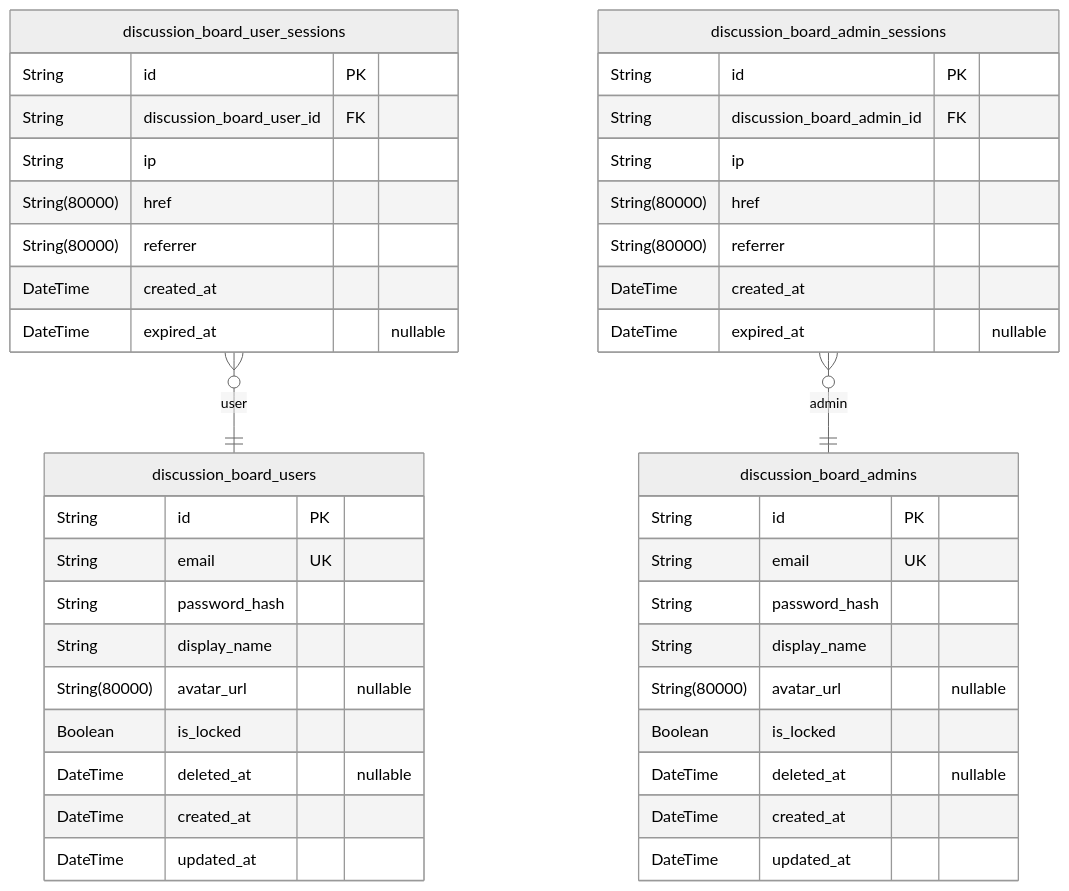
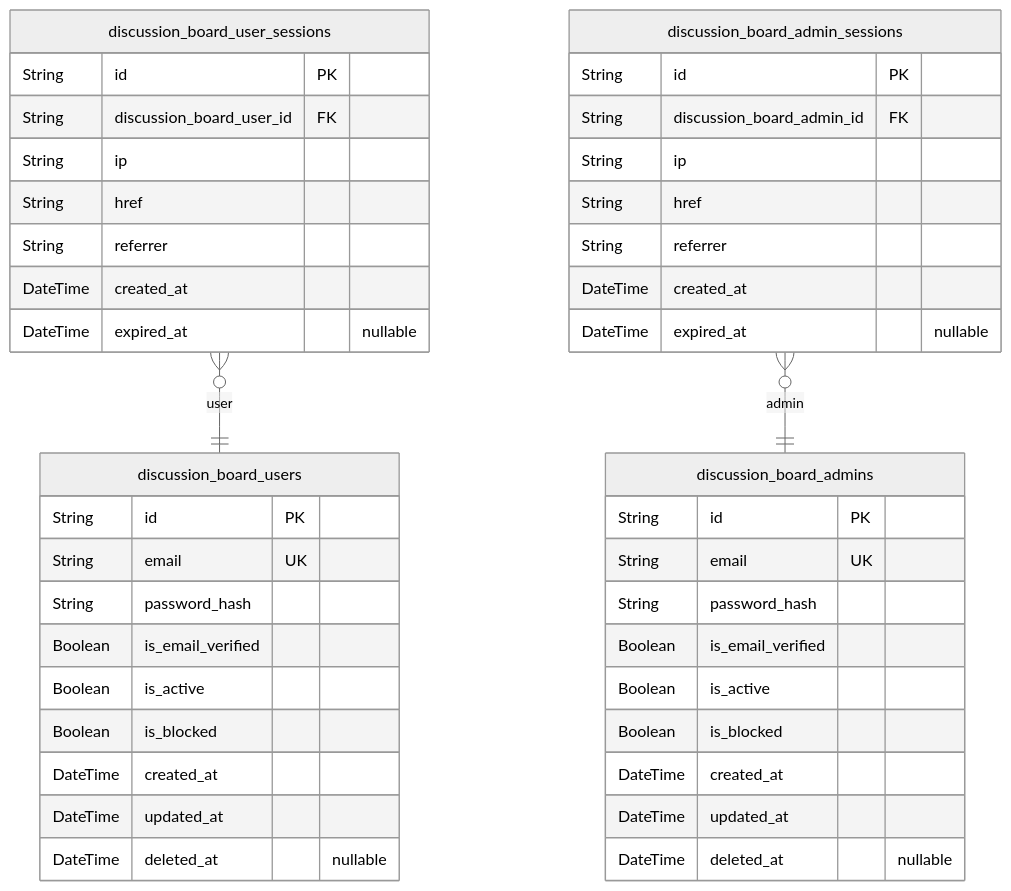
Before and after one commit to wrtnlabs/autobe-examples: the second of 5 diagrams in openai/gpt-4.1/bbs/docs/ERD.md, drawn with Mermaid (neutral theme). The commit also changed other lines of this file and 22498 other files, not shown here.

````diff
--- a/openai/gpt-4.1/bbs/docs/ERD.md
+++ b/openai/gpt-4.1/bbs/docs/ERD.md
@@ -11,45 +61,45 @@
 ```mermaid
 erDiagram
 "discussion_board_users" {
   String id PK
   String email UK
   String password_hash
-  String display_name
-  String(80000) avatar_url "nullable"
-  Boolean is_locked
-  DateTime deleted_at "nullable"
+  Boolean is_email_verified
+  Boolean is_active
+  Boolean is_blocked
   DateTime created_at
   DateTime updated_at
+  DateTime deleted_at "nullable"
 }
 "discussion_board_user_sessions" {
   String id PK
   String discussion_board_user_id FK
   String ip
-  String(80000) href
-  String(80000) referrer
+  String href
+  String referrer
   DateTime created_at
   DateTime expired_at "nullable"
 }
 "discussion_board_admins" {
   String id PK
   String email UK
   String password_hash
-  String display_name
-  String(80000) avatar_url "nullable"
-  Boolean is_locked
-  DateTime deleted_at "nullable"
+  Boolean is_email_verified
+  Boolean is_active
+  Boolean is_blocked
   DateTime created_at
   DateTime updated_at
+  DateTime deleted_at "nullable"
 }
 "discussion_board_admin_sessions" {
   String id PK
   String discussion_board_admin_id FK
   String ip
-  String(80000) href
-  String(80000) referrer
+  String href
+  String referrer
   DateTime created_at
   DateTime expired_at "nullable"
 }
 "discussion_board_user_sessions" }o--|| "discussion_board_users" : user
 "discussion_board_admin_sessions" }o--|| "discussion_board_admins" : admin
 ```
````
